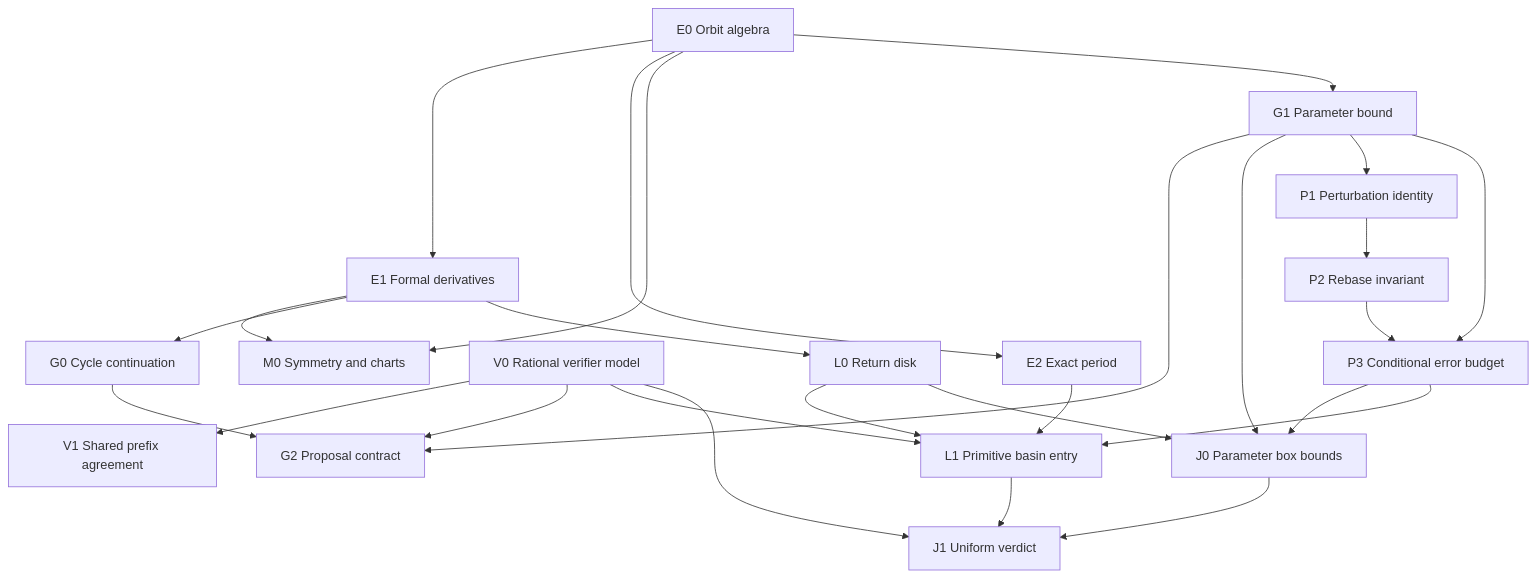
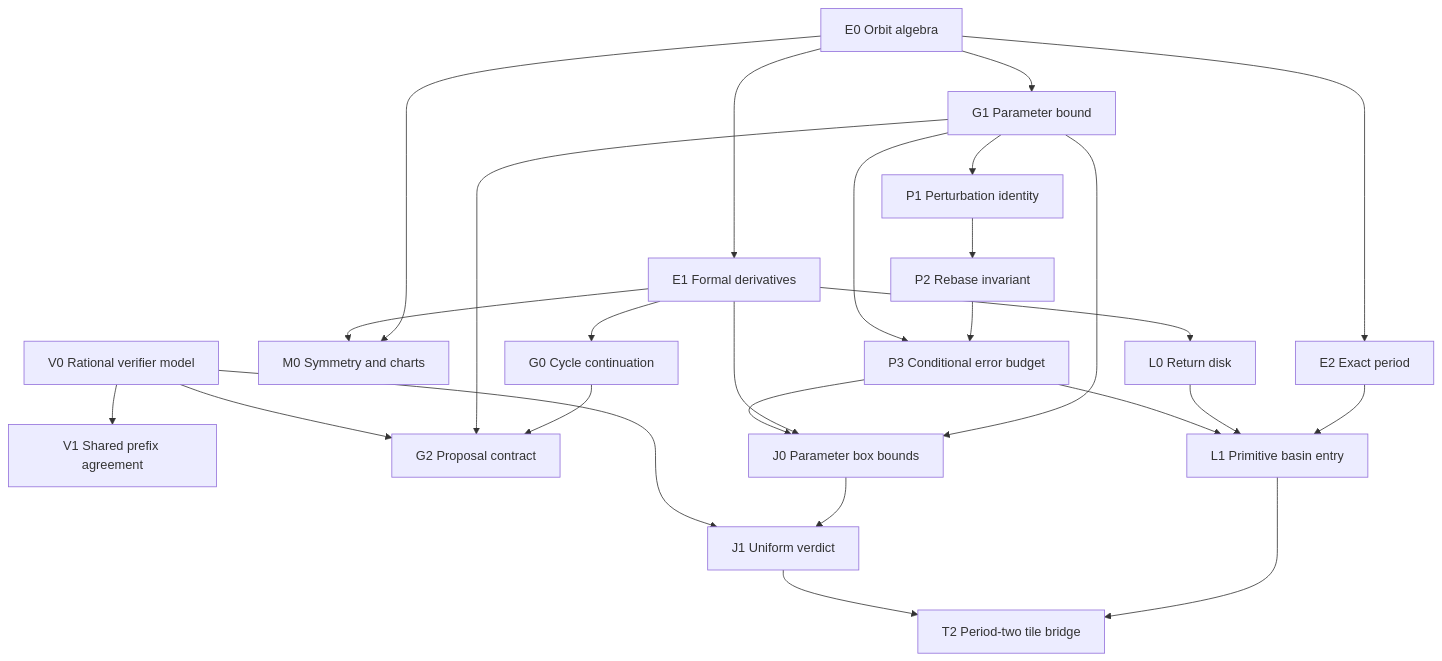
The diagram in docs/verification/LEAN-PROOF-DAG.md (Aaron-Fine/int-M-), drawn with Mermaid before and after one commit. The commit also changed other lines of this file and 26 other files, not shown here.

Commit message:
Expand Lean proof DAG with certified period-two tile

````diff
--- a/docs/verification/LEAN-PROOF-DAG.md
+++ b/docs/verification/LEAN-PROOF-DAG.md
@@ -7,29 +7,29 @@
 ```mermaid
 flowchart TD
   E0["E0 Orbit algebra"] --> E1["E1 Formal derivatives"]
   E0 --> E2["E2 Exact period"]
   E0 --> M0["M0 Symmetry and charts"]
   E1 --> M0
   V0["V0 Rational verifier model"]
   V0 --> V1["V1 Shared prefix agreement"]
   E1 --> G0["G0 Cycle continuation"]
   E0 --> G1["G1 Parameter bound"]
   G0 --> G2["G2 Proposal contract"]
   G1 --> G2
   V0 --> G2
   E1 --> L0["L0 Return disk"]
   E2 --> L1["L1 Primitive basin entry"]
   L0 --> L1
-  V0 --> L1
   G1 --> J0["J0 Parameter box bounds"]
-  L0 --> J0
+  E1 --> J0
   J0 --> J1["J1 Uniform verdict"]
-  L1 --> J1
   V0 --> J1
+  L1 --> T2["T2 Period-two tile bridge"]
+  J1 --> T2
   G1 --> P1["P1 Perturbation identity"]
   P1 --> P2["P2 Rebase invariant"]
   P2 --> P3["P3 Conditional error budget"]
   G1 --> P3
   P3 --> J0
   P3 --> L1
 ```
````
